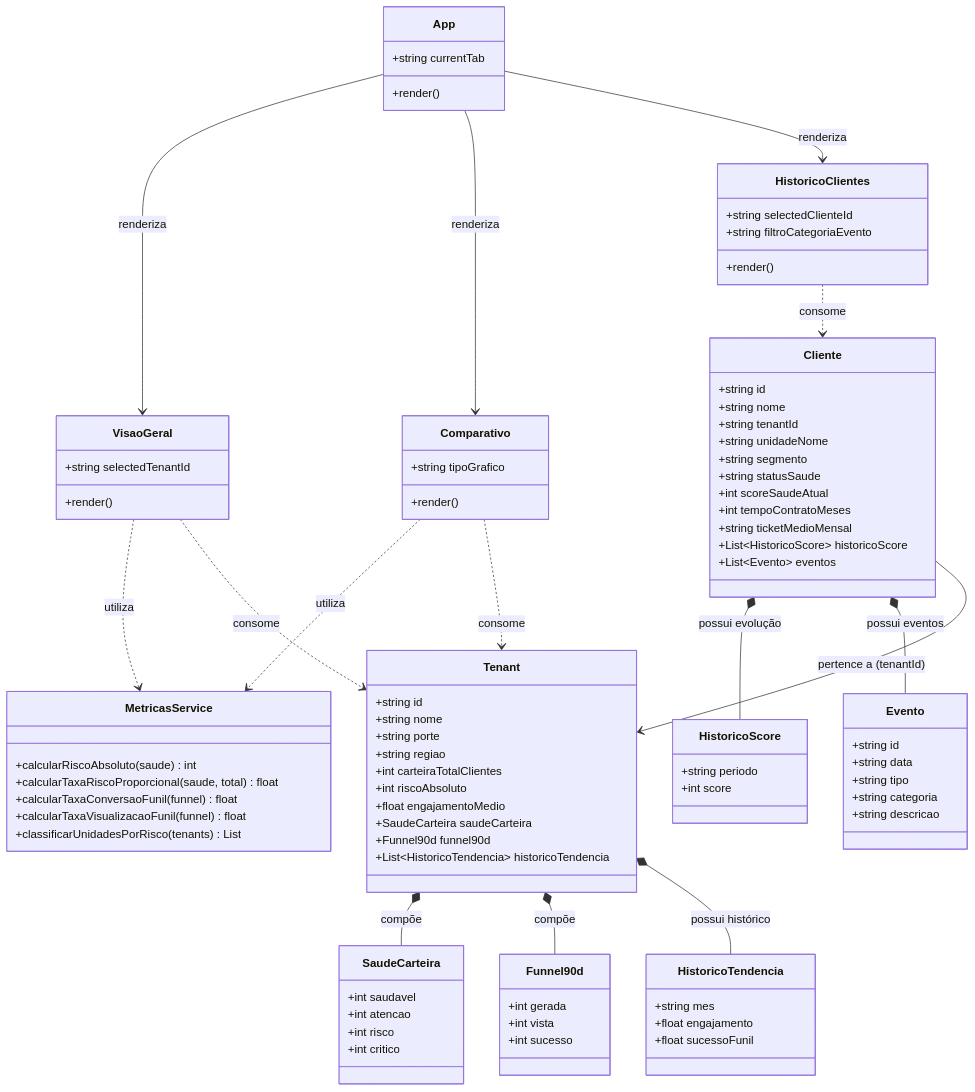
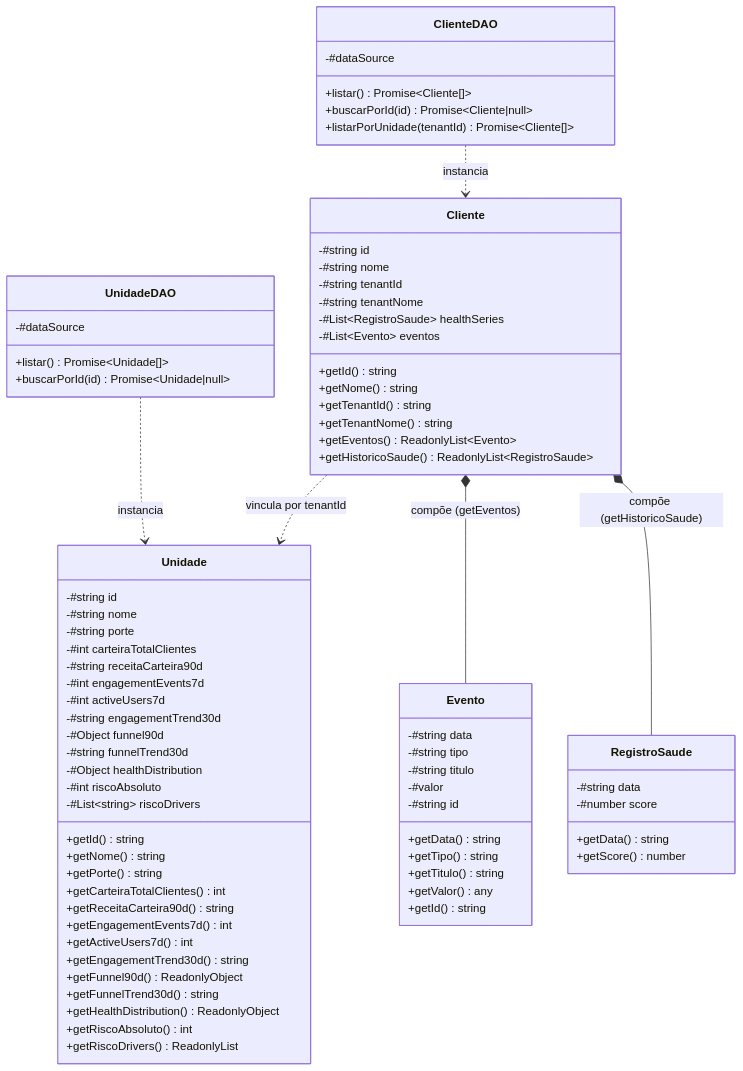
The third of 3 diagrams in README.md (MateusEstMendes/Desafio-Primora), drawn with Mermaid before and after one commit. The commit also changed other lines of this file and 14 other files, not shown here.

````diff
--- a/README.md
+++ b/README.md
@@ -170,108 +340,86 @@
 classDiagram
     direction TB
 
-    class Tenant {
-        +string id
-        +string nome
-        +string porte
-        +string regiao
-        +int carteiraTotalClientes
-        +int riscoAbsoluto
-        +float engajamentoMedio
-        +SaudeCarteira saudeCarteira
-        +Funnel90d funnel90d
-        +List~HistoricoTendencia~ historicoTendencia
+    class UnidadeDAO {
+        -#dataSource
+        +listar() Promise~Unidade[]~
+        +buscarPorId(id) Promise~Unidade|null~
     }
 
-    class SaudeCarteira {
-        +int saudavel
-        +int atencao
-        +int risco
-        +int critico
+    class ClienteDAO {
+        -#dataSource
+        +listar() Promise~Cliente[]~
+        +buscarPorId(id) Promise~Cliente|null~
+        +listarPorUnidade(tenantId) Promise~Cliente[]~
     }
 
-    class Funnel90d {
-        +int gerada
-        +int vista
-        +int sucesso
-    }
-
-    class HistoricoTendencia {
-        +string mes
-        +float engajamento
-        +float sucessoFunil
+    class Unidade {
+        -#string id
+        -#string nome
+        -#string porte
+        -#int carteiraTotalClientes
+        -#string receitaCarteira90d
+        -#int engagementEvents7d
+        -#int activeUsers7d
+        -#string engagementTrend30d
+        -#Object funnel90d
+        -#string funnelTrend30d
+        -#Object healthDistribution
+        -#int riscoAbsoluto
+        -#List~string~ riscoDrivers
+        +getId() string
+        +getNome() string
+        +getPorte() string
+        +getCarteiraTotalClientes() int
+        +getReceitaCarteira90d() string
+        +getEngagementEvents7d() int
+        +getActiveUsers7d() int
+        +getEngagementTrend30d() string
+        +getFunnel90d() ReadonlyObject
+        +getFunnelTrend30d() string
+        +getHealthDistribution() ReadonlyObject
+        +getRiscoAbsoluto() int
+        +getRiscoDrivers() ReadonlyList
     }
 
     class Cliente {
-        +string id
-        +string nome
-        +string tenantId
-        +string unidadeNome
-        +string segmento
-        +string statusSaude
-        +int scoreSaudeAtual
-        +int tempoContratoMeses
-        +string ticketMedioMensal
-        +List~HistoricoScore~ historicoScore
-        +List~Evento~ eventos
-    }
-
-    class HistoricoScore {
-        +string periodo
-        +int score
+        -#string id
+        -#string nome
+        -#string tenantId
+        -#string tenantNome
+        -#List~RegistroSaude~ healthSeries
+        -#List~Evento~ eventos
+        +getId() string
+        +getNome() string
+        +getTenantId() string
+        +getTenantNome() string
+        +getEventos() ReadonlyList~Evento~
+        +getHistoricoSaude() ReadonlyList~RegistroSaude~
     }
 
     class Evento {
-        +string id
-        +string data
-        +string tipo
-        +string categoria
-        +string descricao
+        -#string data
+        -#string tipo
+        -#string titulo
+        -#valor
+        -#string id
+        +getData() string
+        +getTipo() string
+        +getTitulo() string
+        +getValor() any
+        +getId() string
     }
 
-    class MetricasService {
-        +calcularRiscoAbsoluto(saude) int
-        +calcularTaxaRiscoProporcional(saude, total) float
-        +calcularTaxaConversaoFunil(funnel) float
-        +calcularTaxaVisualizacaoFunil(funnel) float
-        +classificarUnidadesPorRisco(tenants) List
+    class RegistroSaude {
+        -#string data
+        -#number score
+        +getData() string
+        +getScore() number
     }
 
-    class App {
-        +string currentTab
-        +render()
-    }
-
-    class VisaoGeral {
-        +string selectedTenantId
-        +render()
-    }
-
-    class Comparativo {
-        +string tipoGrafico
-        +render()
-    }
-
-    class HistoricoClientes {
-        +string selectedClienteId
-        +string filtroCategoriaEvento
-        +render()
-    }
-
-    Tenant *-- SaudeCarteira : compõe
-    Tenant *-- Funnel90d : compõe
-    Tenant *-- HistoricoTendencia : possui histórico
-    Cliente *-- HistoricoScore : possui evolução
-    Cliente *-- Evento : possui eventos
-    Cliente --> Tenant : pertence a (tenantId)
-
-    App --> VisaoGeral : renderiza
-    App --> Comparativo : renderiza
-    App --> HistoricoClientes : renderiza
-
-    VisaoGeral ..> MetricasService : utiliza
-    Comparativo ..> MetricasService : utiliza
-    VisaoGeral ..> Tenant : consome
-    Comparativo ..> Tenant : consome
-    HistoricoClientes ..> Cliente : consome
+    UnidadeDAO ..> Unidade : instancia
+    ClienteDAO ..> Cliente : instancia
+    Cliente *-- RegistroSaude : compõe (getHistoricoSaude)
+    Cliente *-- Evento : compõe (getEventos)
+    Cliente ..> Unidade : vincula por tenantId
 ```
````
